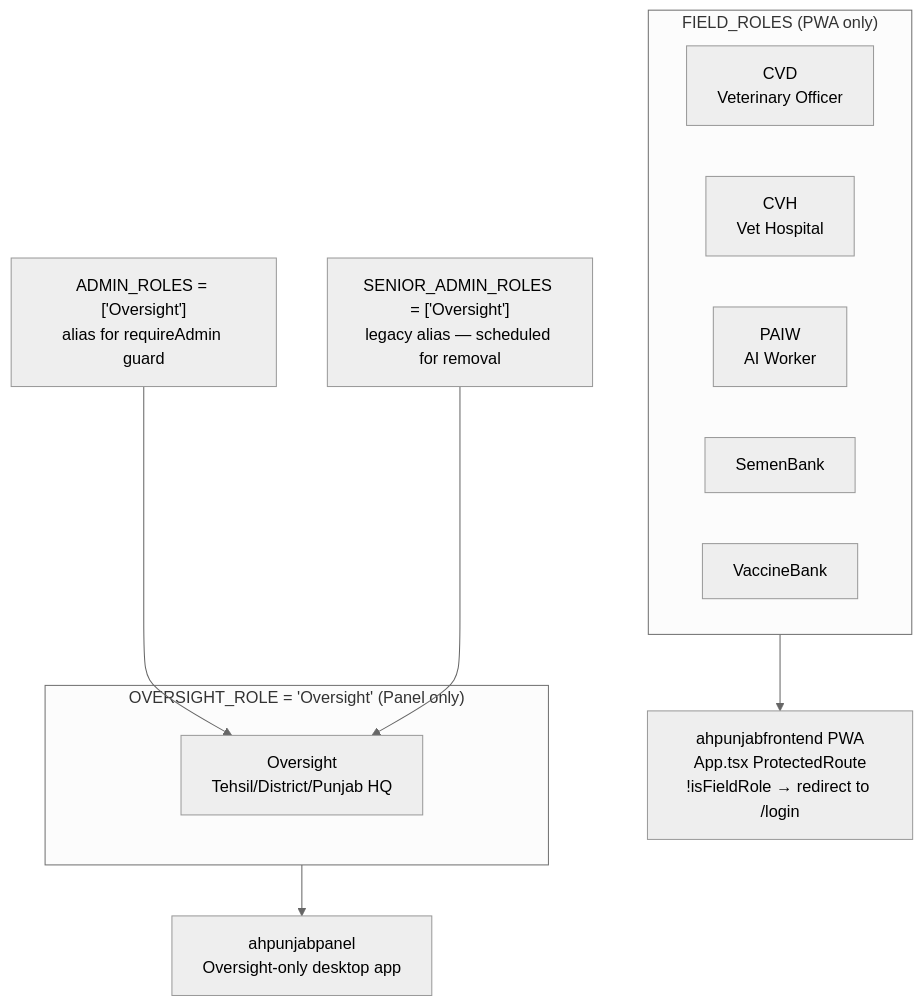
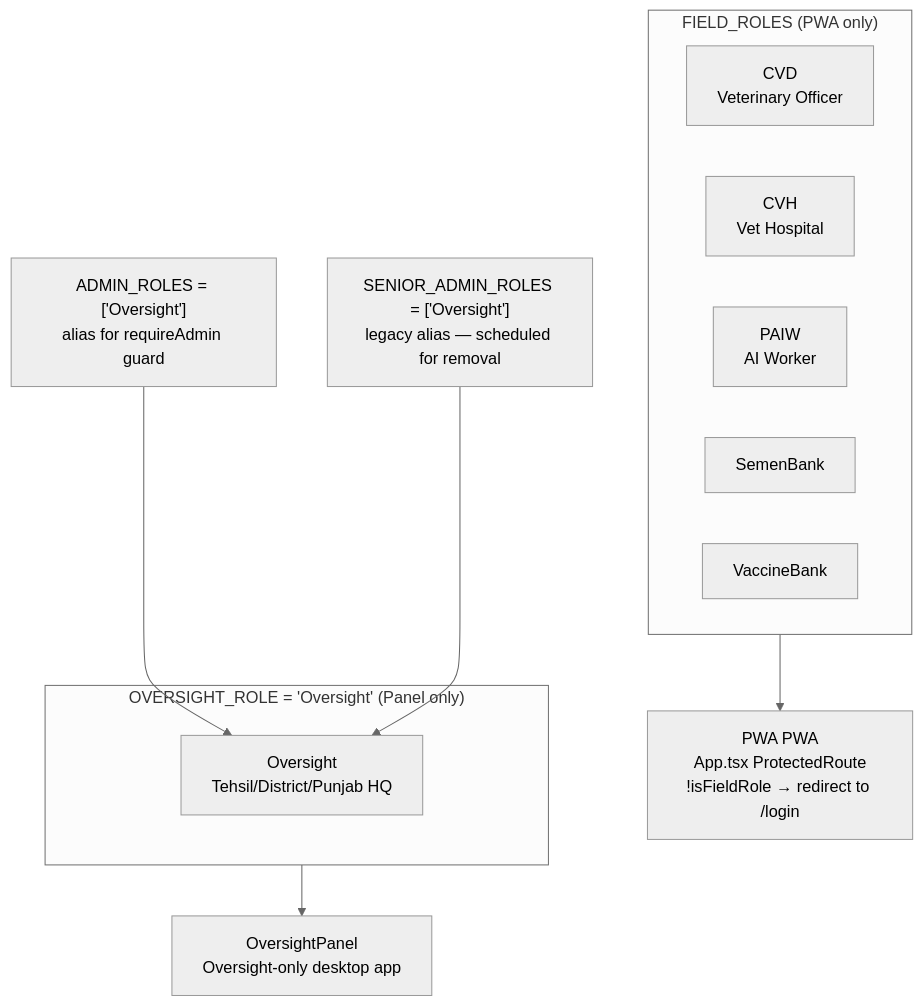
The diagram in uml/files/be-roles.md (arshmalkana/CSCI_275), drawn with Mermaid (neutral theme) before and after one commit. The commit also changed other lines of this file and 208 other files, not shown here.

````diff
--- a/uml/files/be-roles.md
+++ b/uml/files/be-roles.md
@@ -3,20 +3,20 @@
 ```mermaid
 flowchart TD
     subgraph FIELD_ROLES["FIELD_ROLES (PWA only)"]
         CVD[CVD\nVeterinary Officer]
         CVH[CVH\nVet Hospital]
         PAIW[PAIW\nAI Worker]
         SB[SemenBank]
         VB[VaccineBank]
     end
 
     subgraph OVERSIGHT["OVERSIGHT_ROLE = 'Oversight' (Panel only)"]
         OV[Oversight\nTehsil/District/Punjab HQ]
     end
 
     ADMIN_ROLES["ADMIN_ROLES = ['Oversight']\nalias for requireAdmin guard"] --> OV
     SENIOR_ADMIN_ROLES["SENIOR_ADMIN_ROLES = ['Oversight']\nlegacy alias — scheduled for removal"] --> OV
 
-    FIELD_ROLES --> PWA[ahpunjabfrontend PWA\nApp.tsx ProtectedRoute\n!isFieldRole → redirect to /login]
-    OVERSIGHT --> PANEL[ahpunjabpanel\nOversight-only desktop app]
+    FIELD_ROLES --> PWA[PWA PWA\nApp.tsx ProtectedRoute\n!isFieldRole → redirect to /login]
+    OVERSIGHT --> PANEL[OversightPanel\nOversight-only desktop app]
 ```
````
